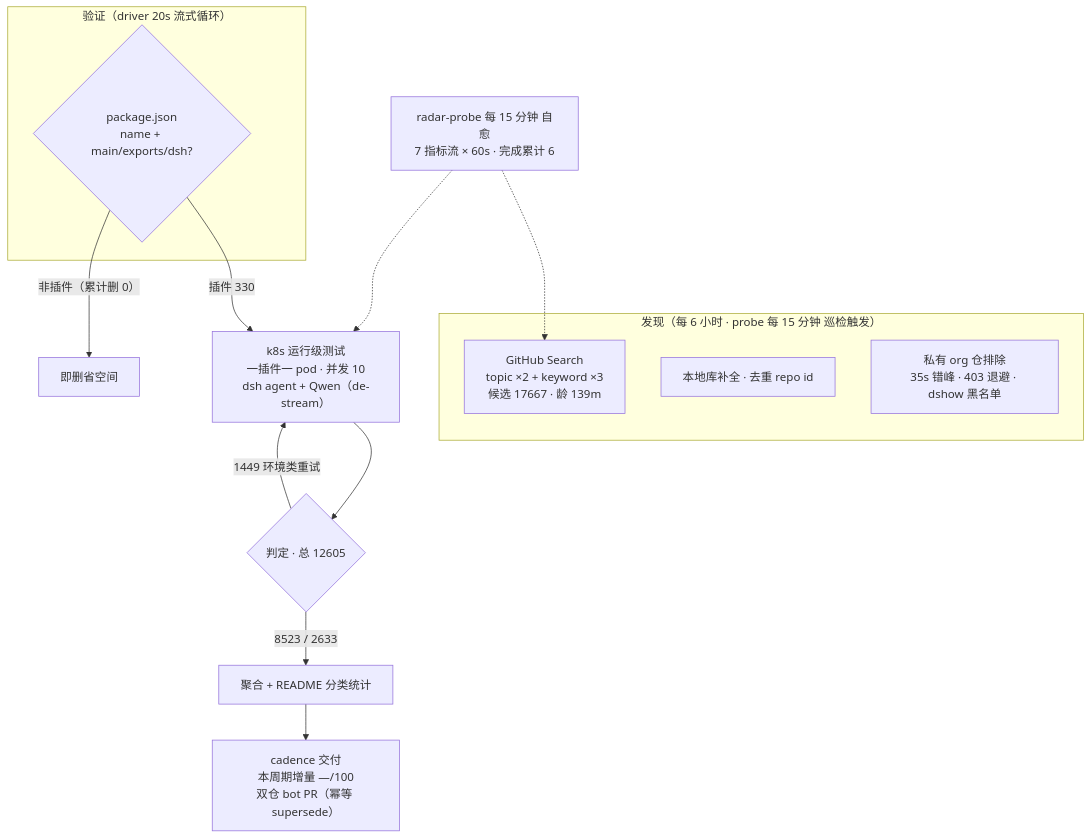
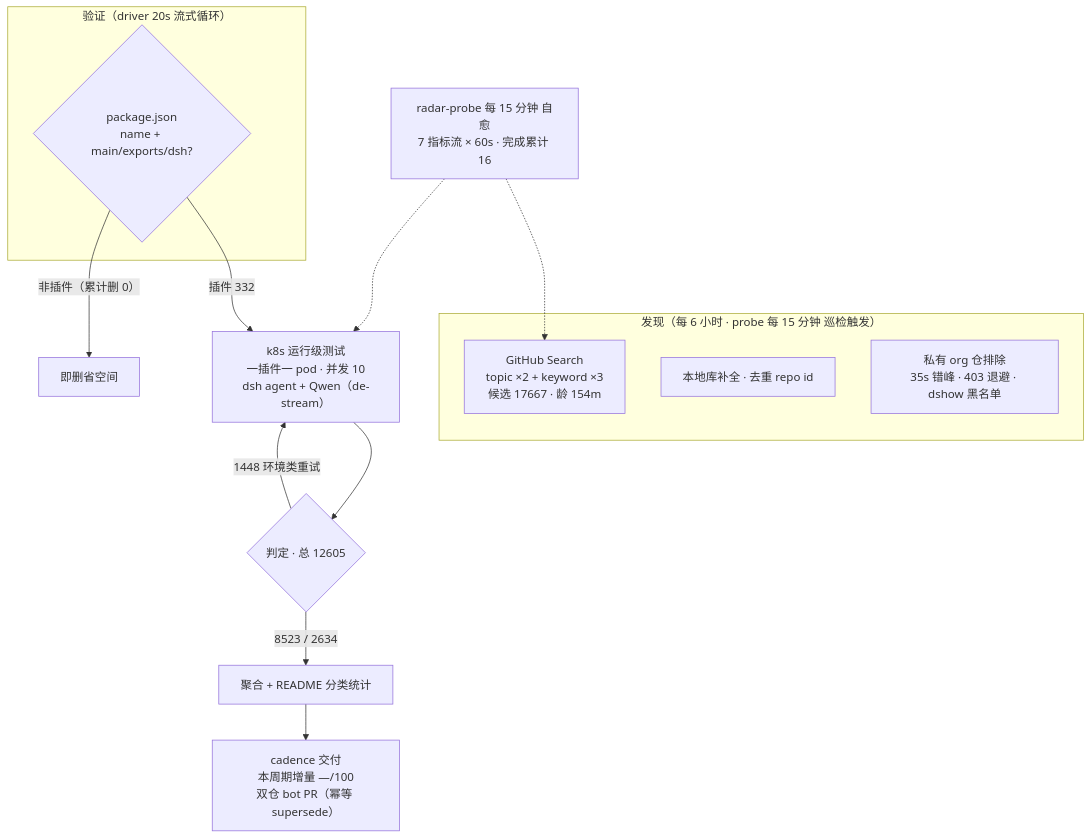
One commit to AdamPlatin123/awesome-dsh-plugins changed the diagram in README.md. Above: the diagram before and after it, drawn with Mermaid. The commit also changed other lines of this file and 5 other files, not shown here.

````diff
--- a/README.md
+++ b/README.md
@@ -52,20 +52,20 @@
 ```mermaid
 flowchart TB
     subgraph Discovery["发现（每 6 小时 · probe 每 15 分钟 巡检触发）"]
-        A1["GitHub Search<br/>topic ×2 + keyword ×3<br/>候选 17667 · 龄 139m"]
+        A1["GitHub Search<br/>topic ×2 + keyword ×3<br/>候选 17667 · 龄 154m"]
         A2["本地库补全 · 去重 repo id"]
         A3["私有 org 仓排除<br/>35s 错峰 · 403 退避 · dshow 黑名单"]
     end
     subgraph Validation["验证（driver 20s 流式循环）"]
         B1{"package.json<br/>name + main/exports/dsh?"}
     end
-    B1 -->|"插件 330"| C1["k8s 运行级测试<br/>一插件一 pod · 并发 10<br/>dsh agent + Qwen（de-stream）"]
+    B1 -->|"插件 332"| C1["k8s 运行级测试<br/>一插件一 pod · 并发 10<br/>dsh agent + Qwen（de-stream）"]
     B1 -->|"非插件（累计删 0）"| B3["即删省空间"]
     C1 --> D1{"判定 · 总 12605"}
-    D1 -->|"8523 / 2633"| E1["聚合 + README 分类统计"]
-    D1 -->|"1449 环境类重试"| C1
+    D1 -->|"8523 / 2634"| E1["聚合 + README 分类统计"]
+    D1 -->|"1448 环境类重试"| C1
     E1 --> E2["cadence 交付<br/>本周期增量 —/100<br/>双仓 bot PR（幂等 supersede）"]
-    M["radar-probe 每 15 分钟 自愈<br/>7 指标流 × 60s · 完成累计 6"]
+    M["radar-probe 每 15 分钟 自愈<br/>7 指标流 × 60s · 完成累计 16"]
     M -.-> A1
     M -.-> C1
 ```
````
